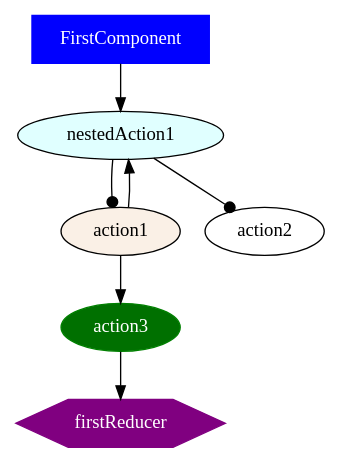
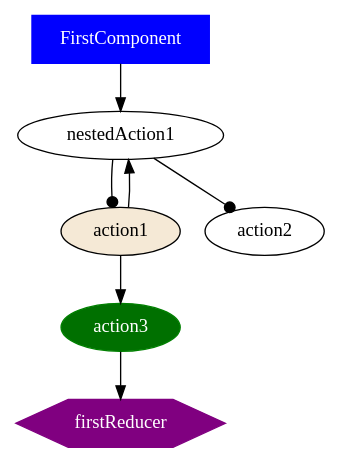
Before and after one commit to ammarnajjar/ngrx-graph: the diagram in docs/examples/case2/out/action3.dot, drawn with Graphviz. The commit also changed 37 other files, not shown here.

```diff
--- a/docs/examples/case2/out/action3.dot
+++ b/docs/examples/case2/out/action3.dot
@@ -1,13 +1,13 @@
 digraph {
 FirstComponent [shape="box", color=blue, fillcolor=blue, fontcolor=white, style=filled]
-nestedAction1 [color=black, fillcolor=lightcyan, fontcolor=black, style=filled]
-action1 [fillcolor=linen, style=filled]
+nestedAction1
+action1 [fillcolor="#f5e9d6", style=filled]
 action3 [color=green, fillcolor="#007000", fontcolor=white, style=filled]
 firstReducer [shape="hexagon", color=purple, fillcolor=purple, fontcolor=white, style=filled]
 FirstComponent -> nestedAction1
 action3 -> firstReducer
 action1 -> nestedAction1
 action1 -> action3
 nestedAction1 -> action1 [arrowhead=dot]
 nestedAction1 -> action2 [arrowhead=dot]
 }
```
